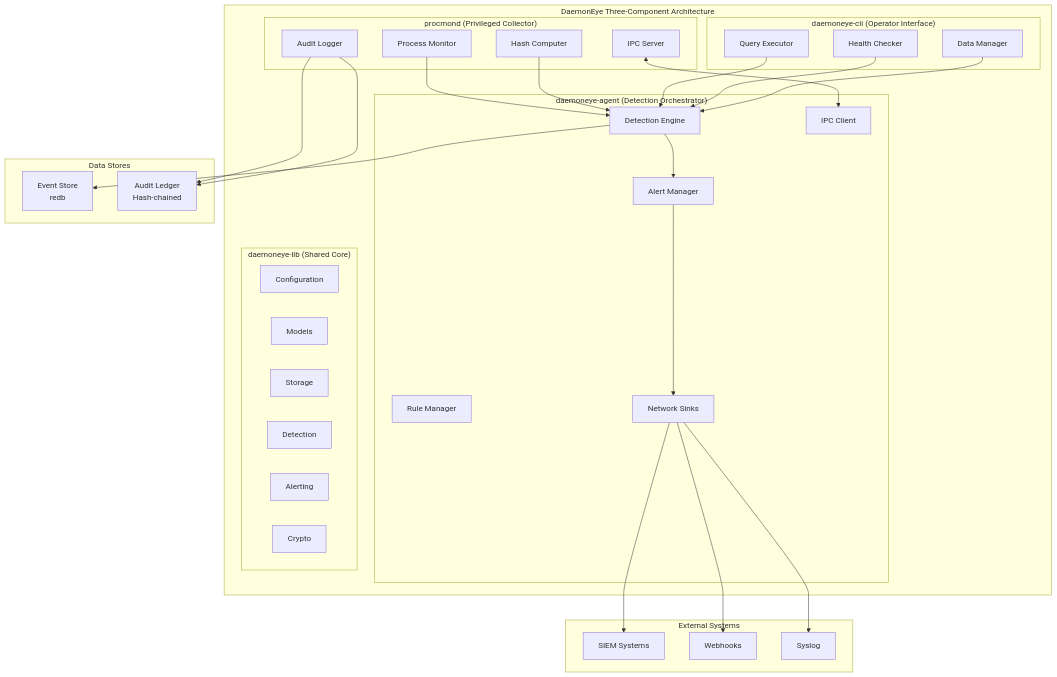
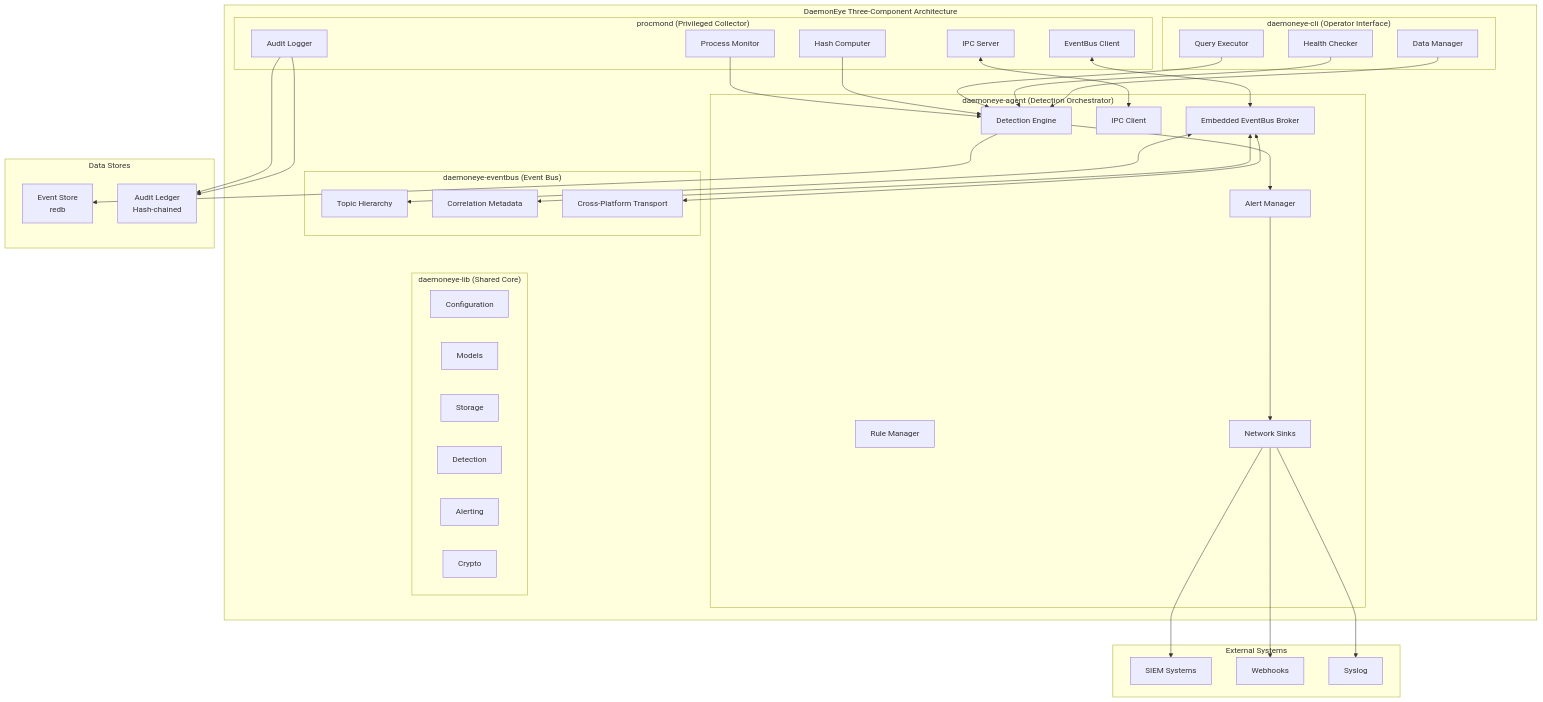
One commit to EvilBit-Labs/DaemonEye changed the first of 4 diagrams in docs/src/architecture/system-architecture.md. Above: the diagram before and after it, drawn with Mermaid. The commit also changed other lines of this file and 5 other files, not shown here.

First line of the commit message:
docs(eventbus): Enhance documentation for EventBus architecture and correlation metadata

````diff
--- a/docs/src/architecture/system-architecture.md
+++ b/docs/src/architecture/system-architecture.md
@@ -9,60 +9,72 @@
 ```mermaid
 graph TB
     subgraph "DaemonEye Three-Component Architecture"
         subgraph "procmond (Privileged Collector)"
             PM[Process Monitor]
             HC[Hash Computer]
             AL[Audit Logger]
             IPC1[IPC Server]
+            EB1[EventBus Client]
         end
 
         subgraph "daemoneye-agent (Detection Orchestrator)"
             DE[Detection Engine]
             AM[Alert Manager]
             RM[Rule Manager]
             IPC2[IPC Client]
             NS[Network Sinks]
+            BROKER[Embedded EventBus Broker]
         end
 
         subgraph "daemoneye-cli (Operator Interface)"
             QE[Query Executor]
             HC2[Health Checker]
             DM[Data Manager]
         end
 
         subgraph "daemoneye-lib (Shared Core)"
             CFG[Configuration]
             MOD[Models]
             STO[Storage]
             DET[Detection]
             ALT[Alerting]
             CRY[Crypto]
+        end
+
+        subgraph "daemoneye-eventbus (Event Bus)"
+            TOPICS[Topic Hierarchy]
+            CORR[Correlation Metadata]
+            TRANS[Cross-Platform Transport]
         end
     end
 
     subgraph "Data Stores"
         ES[Event Store<br/>redb]
         AL2[Audit Ledger<br/>Hash-chained]
     end
 
     subgraph "External Systems"
         SIEM[SIEM Systems]
         WEBHOOK[Webhooks]
         SYSLOG[Syslog]
     end
 
     PM --> DE
     HC --> DE
     AL --> AL2
     IPC1 <--> IPC2
+    EB1 <--> BROKER
+    BROKER <--> TOPICS
+    BROKER <--> CORR
+    BROKER <--> TRANS
     DE --> AM
     AM --> NS
     NS --> SIEM
     NS --> WEBHOOK
     NS --> SYSLOG
     QE --> DE
     HC2 --> DE
     DM --> DE
     DE --> ES
     AL --> AL2
 ```
````
